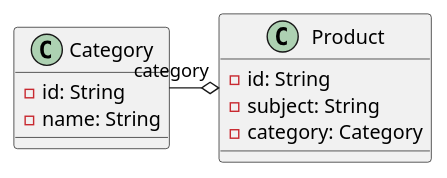
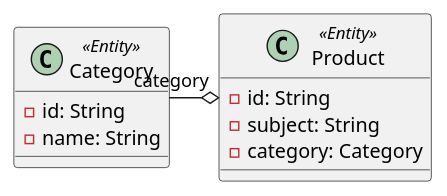
Before and after one commit to rscai/rscai.github.io: the ninth of 17 diagrams in _posts/2018-10-28-Java-Persistence-API.md, drawn with PlantUML. The commit also changed other lines of this file, not shown here.

````diff
--- a/_posts/2018-10-28-Java-Persistence-API.md
+++ b/_posts/2018-10-28-Java-Persistence-API.md
@@ -284,14 +264,14 @@
 ```puml
 @startuml
-class Category {
+class Category <<Entity>> {
     -id: String
     -name: String
 }
-class Product {
+class Product <<Entity>> {
     -id: String
     -subject: String
     -category: Category
 }
 Category "category" -o Product
 @enduml
 ```
````
